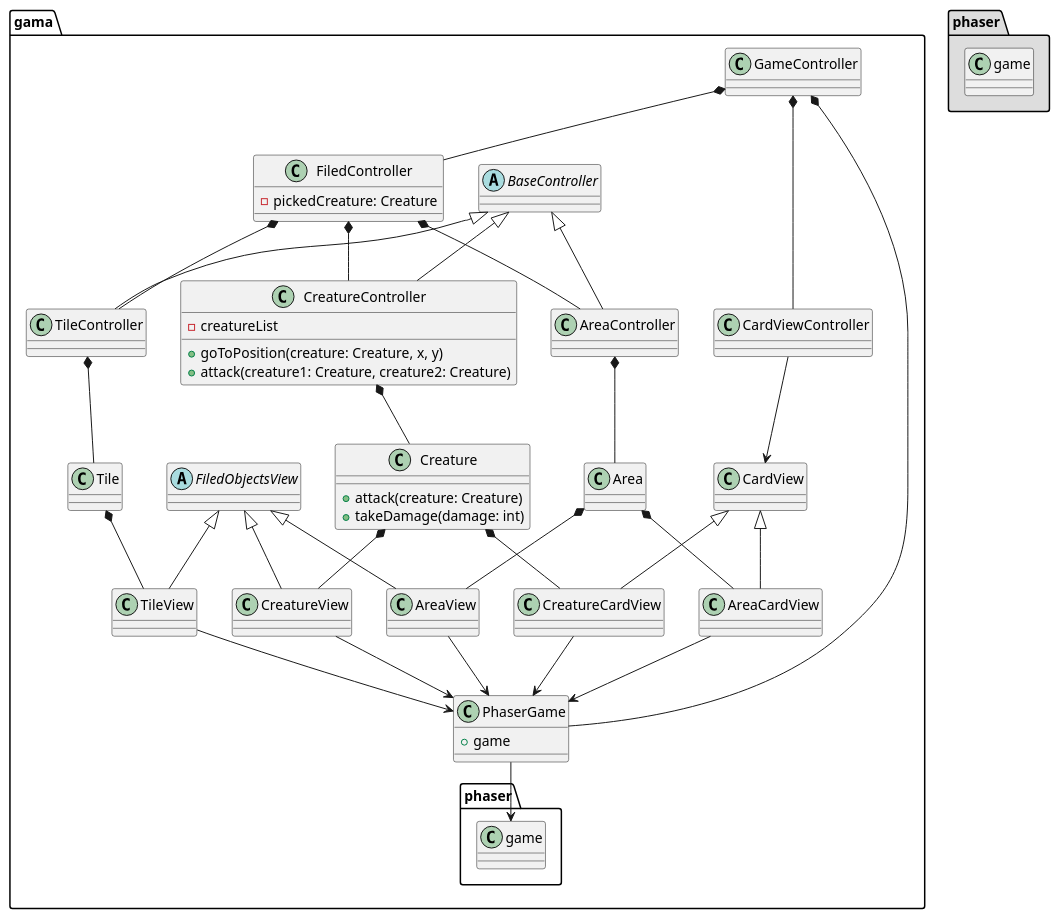
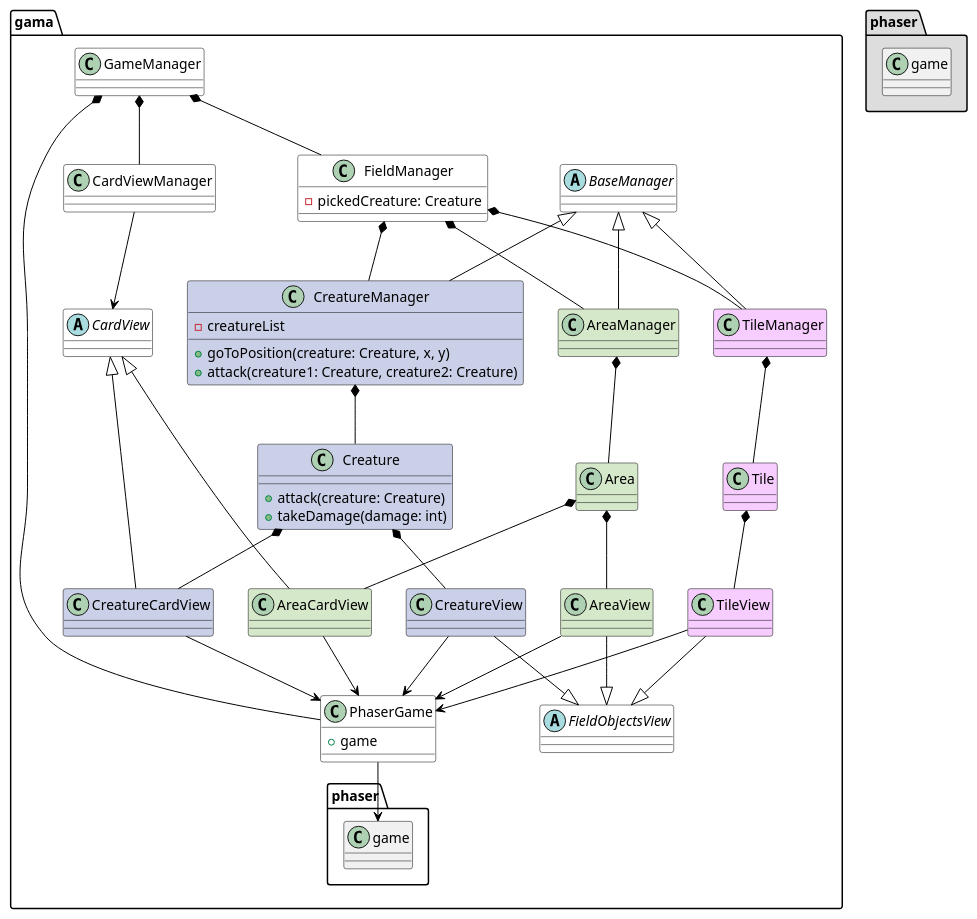
Before and after one commit to gamesFTW/phaser-card-game-client: the diagram in uml/base.puml, drawn with PlantUML.

Commit message:
Change uml

```diff
--- a/uml/base.puml
+++ b/uml/base.puml
@@ -1,108 +1,113 @@
 @startuml
 
-package "gama" {
-    abstract class BaseController
+skinparam class {
+	ArrowColor black
+	BorderColor black
+}
+
+skinparam stereotypeCBackgroundColor YellowGreen
 
 
-    abstract class FiledObjectsView
+package "gama" {
+    abstract class BaseManager #ffffff
 
 
-    abstract class CardView
+    abstract class FieldObjectsView #ffffff
+    FieldObjectsView <|-up- TileView
+    FieldObjectsView <|-up- CreatureView
+    FieldObjectsView <|-up- AreaView
+
+
+    abstract class CardView #ffffff
     
     
-    class GameController
-    GameController *-- PhaserGame
-    GameController *-- FiledController
-    GameController *-- CardViewController
+    class GameManager #ffffff
+    GameManager *-- PhaserGame
+    GameManager *-- FieldManager
+    GameManager *-- CardViewManager
 
 
-    class PhaserGame {
+    class PhaserGame #ffffff {
         + game
     }
     PhaserGame --> phaser.game
 
 
-    class FiledController {
+    class FieldManager #ffffff {
         - pickedCreature: Creature
     }
-    FiledController *-- TileController
-    FiledController *-- CreatureController
-    FiledController *-- AreaController
+    FieldManager *-- TileManager
+    FieldManager *-- CreatureManager
+    FieldManager *-- AreaManager
 
 
-    class CardView
-
-
-    class CardViewController
-    CardViewController --> CardView
+    class CardViewManager #ffffff
+    CardViewManager --> CardView
 
 
     '''Tile'''
-    class TileController
-    BaseController <|-- TileController
-    TileController *-- Tile
+    class TileManager #F7CDFF
+    BaseManager <|-- TileManager
+    TileManager *-- Tile
 
 
-    class Tile
+    class Tile #F7CDFF
     Tile *-- TileView
 
 
-    class TileView
-    FiledObjectsView <|-- TileView
+    class TileView #F7CDFF
     TileView --> PhaserGame
 
 
     '''Creature'''
-    class CreatureController {
+    class CreatureManager #CAD0E8 {
         - creatureList
         + goToPosition(creature: Creature, x, y)
         + attack(creature1: Creature, creature2: Creature)
     }
-    BaseController <|-- CreatureController
-    CreatureController *-- Creature
+    BaseManager <|-- CreatureManager
+    CreatureManager *-- Creature
 
 
-    class Creature {
+    class Creature #CAD0E8 {
         + attack(creature: Creature)
         + takeDamage(damage: int)
     }
     Creature *-- CreatureView
     Creature *-- CreatureCardView
 
 
-    class CreatureView
-    FiledObjectsView <|-- CreatureView
+    class CreatureView #CAD0E8
     CreatureView --> PhaserGame
 
 
-    class CreatureCardView
-    CardView <|-- CreatureCardView
+    class CreatureCardView #CAD0E8
+    CardView <|-right- CreatureCardView
     CreatureCardView --> PhaserGame
 
 
     '''Area'''
-    class AreaController
-    BaseController <|-- AreaController
-    AreaController *-- Area
+    class AreaManager #D6E8CA
+    BaseManager <|-- AreaManager
+    AreaManager *-- Area
 
 
-    class Area
+    class Area #D6E8CA
     Area *-- AreaView
     Area *-- AreaCardView
 
 
-    class AreaView
-    FiledObjectsView <|-- AreaView
+    class AreaView #D6E8CA
     AreaView --> PhaserGame
 
 
-    class AreaCardView
-    CardView <|-- AreaCardView
+    class AreaCardView #D6E8CA
+    CardView <|-right- AreaCardView
     AreaCardView --> PhaserGame
 }
 
 
 package "phaser" #DDDDDD {
     class game
 }
 @enduml
```
